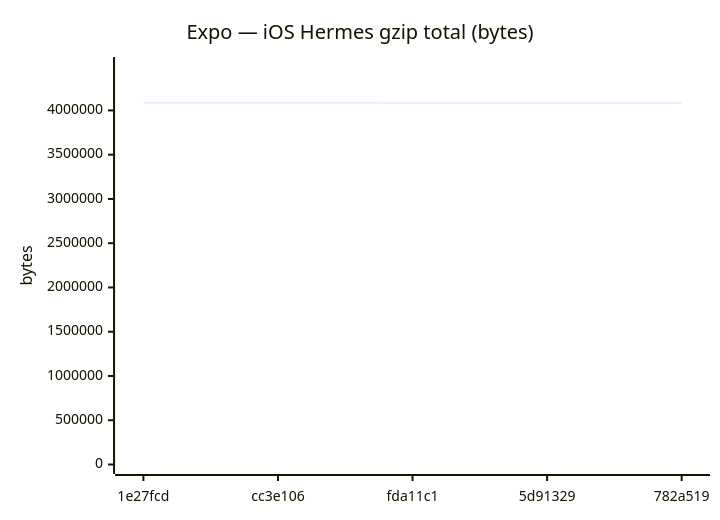
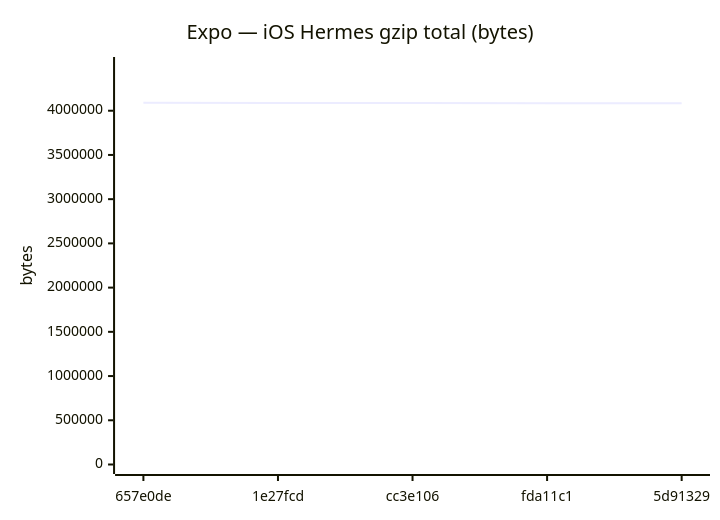
Before and after one commit to Metaheurist/Rianell: diagram 12 of 18 in benchmarks/compare.md, drawn with Mermaid. The commit also changed other lines of this file and 11 other files, not shown here.

````diff
--- a/benchmarks/compare.md
+++ b/benchmarks/compare.md
@@ -179,7 +179,7 @@
 ```mermaid
 xychart-beta
     title "Expo — iOS Hermes gzip total (bytes)"
-    x-axis ["1e27fcd", "cc3e106", "fda11c1", "5d91329", "782a519"]
-    y-axis "bytes" 0 --> 4496159
-    line [4087417, 4087412, 4084812, 4084805, 4084677]
+    x-axis ["657e0de", "1e27fcd", "cc3e106", "fda11c1", "5d91329"]
+    y-axis "bytes" 0 --> 4499973
+    line [4090884, 4087417, 4087412, 4084812, 4084805]
 ```
````
